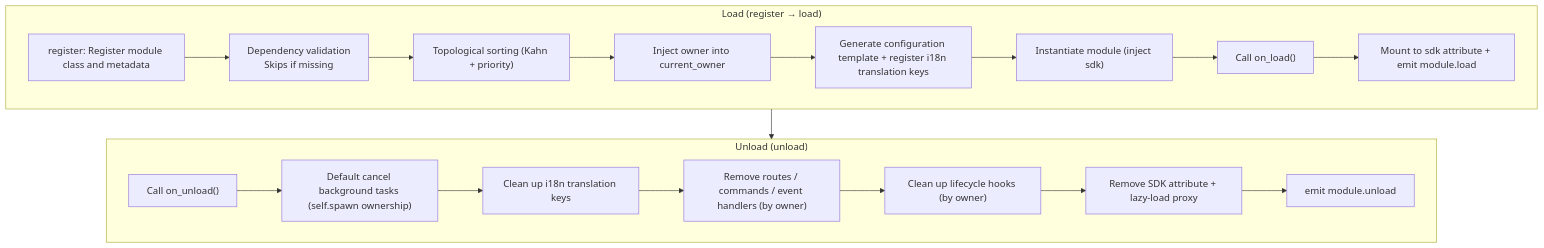
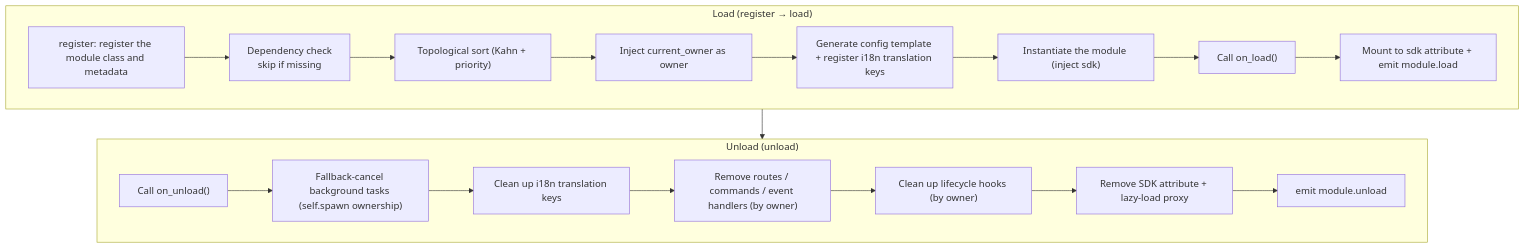
Before and after one commit to ErisPulse/ErisPulse: the diagram in docs/en/developer-guide/modules/core-concepts.md, drawn with Mermaid. The commit also changed other lines of this file and 234 other files, not shown here.

````diff
--- a/docs/en/developer-guide/modules/core-concepts.md
+++ b/docs/en/developer-guide/modules/core-concepts.md
@@ -111,23 +111,23 @@
 ```mermaid
 flowchart TD
     subgraph Load["Load (register → load)"]
-        L1["register: Register module class and metadata"] --> L2["Dependency validation<br/>Skips if missing"]
-        L2 --> L3["Topological sorting (Kahn + priority)"]
-        L3 --> L4["Inject owner into current_owner"]
-        L4 --> L5["Generate configuration template + register i18n translation keys"]
-        L5 --> L6["Instantiate module (inject sdk)"]
+        L1["register: register the module class and metadata"] --> L2["Dependency check<br/>skip if missing"]
+        L2 --> L3["Topological sort (Kahn + priority)"]
+        L3 --> L4["Inject current_owner as owner"]
+        L4 --> L5["Generate config template + register i18n translation keys"]
+        L5 --> L6["Instantiate the module (inject sdk)"]
         L6 --> L7["Call on_load()"]
         L7 --> L8["Mount to sdk attribute + emit module.load"]
     end
 
     subgraph Unload["Unload (unload)"]
-        U1["Call on_unload()"] --> U2["Default cancel background tasks (self.spawn ownership)"]
+        U1["Call on_unload()"] --> U2["Fallback-cancel background tasks (self.spawn ownership)"]
         U2 --> U3["Clean up i18n translation keys"]
         U3 --> U4["Remove routes / commands / event handlers (by owner)"]
         U4 --> U5["Clean up lifecycle hooks (by owner)"]
         U5 --> U6["Remove SDK attribute + lazy-load proxy"]
         U6 --> U7["emit module.unload"]
     end
 
     Load --> Unload
 ```
````
